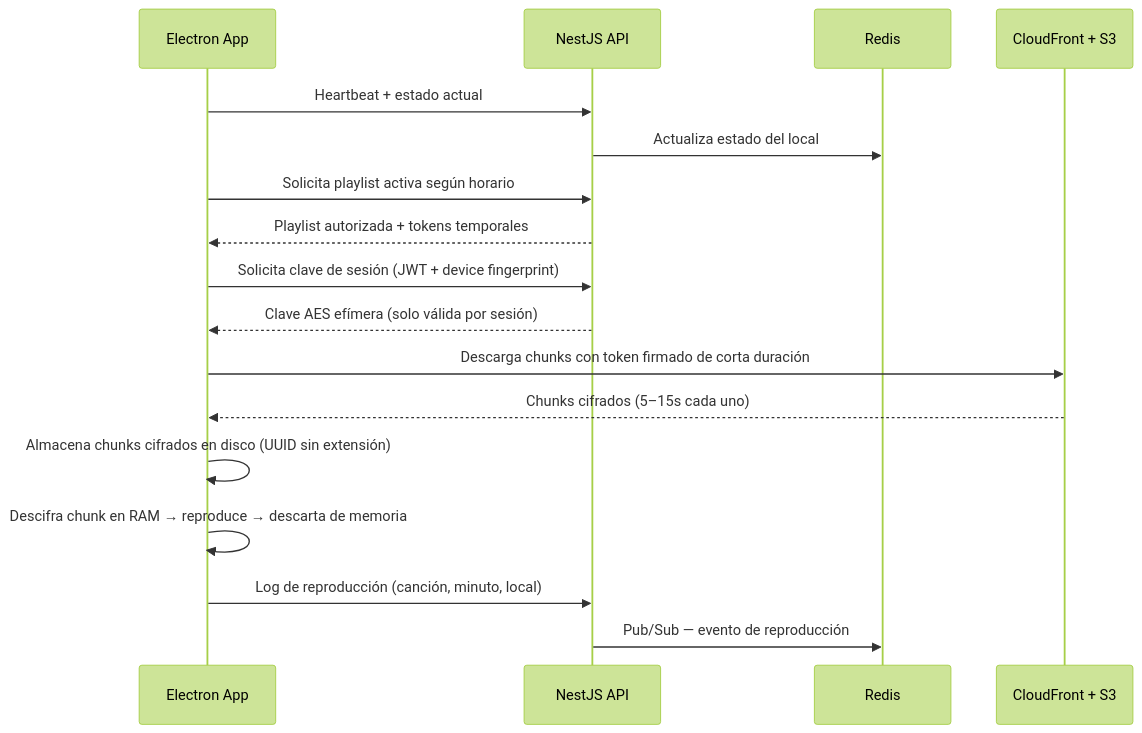
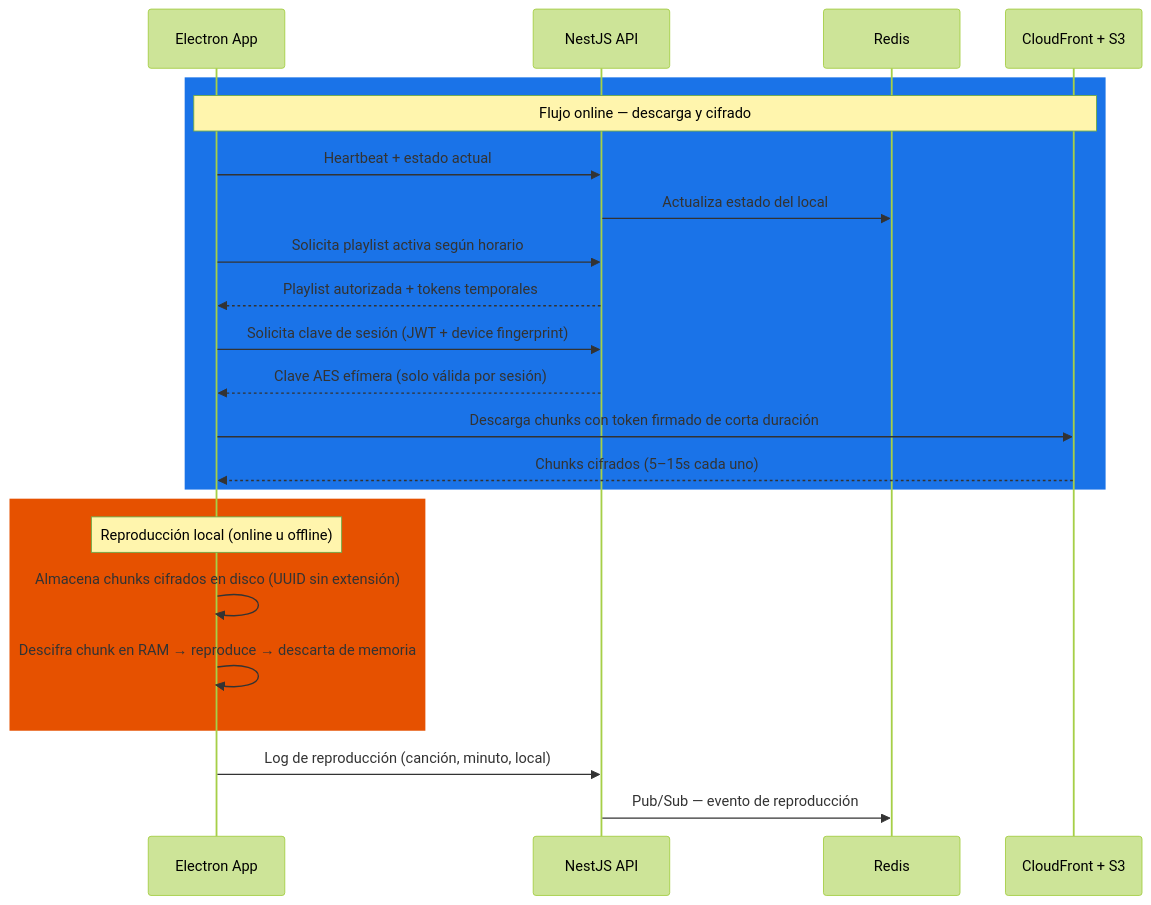
Before and after one commit to htm4rck/Mockups: the third of 9 diagrams in app/MVPMusic/README.md, drawn with Mermaid (forest theme). The commit also changed other lines of this file, not shown here.

Commit message:
precios y manipulacion de mp3 v 004

````diff
--- a/app/MVPMusic/README.md
+++ b/app/MVPMusic/README.md
@@ -89,20 +91,28 @@
 ```mermaid
 sequenceDiagram
     participant E as Electron App
     participant API as NestJS API
     participant RD as Redis
     participant CDN as CloudFront + S3
 
-    E->>API: Heartbeat + estado actual
-    API->>RD: Actualiza estado del local
-    E->>API: Solicita playlist activa según horario
-    API-->>E: Playlist autorizada + tokens temporales
-    E->>API: Solicita clave de sesión (JWT + device fingerprint)
-    API-->>E: Clave AES efímera (solo válida por sesión)
-    E->>CDN: Descarga chunks con token firmado de corta duración
-    CDN-->>E: Chunks cifrados (5–15s cada uno)
-    E->>E: Almacena chunks cifrados en disco (UUID sin extensión)
-    E->>E: Descifra chunk en RAM → reproduce → descarta de memoria
+    rect rgb(26, 115, 232)
+        Note over E,CDN: Flujo online — descarga y cifrado
+        E->>API: Heartbeat + estado actual
+        API->>RD: Actualiza estado del local
+        E->>API: Solicita playlist activa según horario
+        API-->>E: Playlist autorizada + tokens temporales
+        E->>API: Solicita clave de sesión (JWT + device fingerprint)
+        API-->>E: Clave AES efímera (solo válida por sesión)
+        E->>CDN: Descarga chunks con token firmado de corta duración
+        CDN-->>E: Chunks cifrados (5–15s cada uno)
+    end
+
+    rect rgb(230, 81, 0)
+        Note over E,E: Reproducción local (online u offline)
+        E->>E: Almacena chunks cifrados en disco (UUID sin extensión)
+        E->>E: Descifra chunk en RAM → reproduce → descarta de memoria
+    end
+
     E->>API: Log de reproducción (canción, minuto, local)
     API->>RD: Pub/Sub — evento de reproducción
 ```
````
